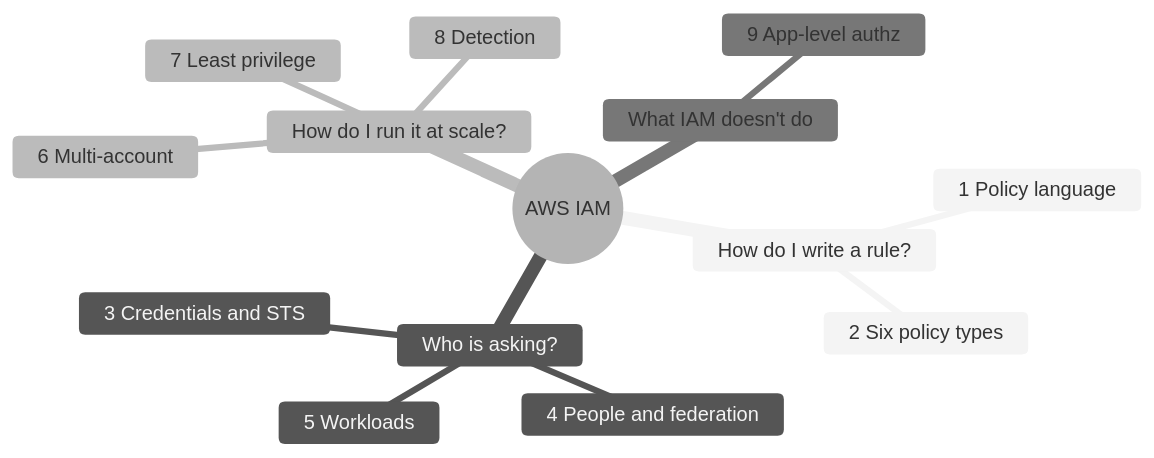
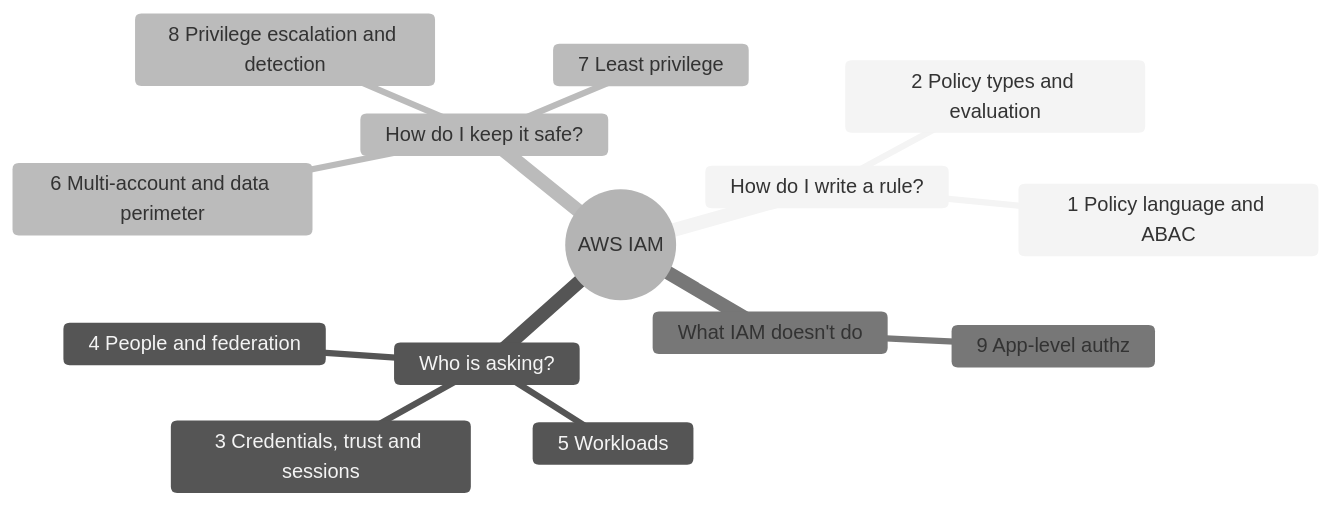
The diagram in iam-cheatsheet.md (Ujjawal17/aws-iam-labs), drawn with Mermaid (neutral theme) before and after one commit. The commit also changed other lines of this file, not shown here.

````diff
--- a/iam-cheatsheet.md
+++ b/iam-cheatsheet.md
@@ -18,17 +19,17 @@
 ```mermaid
 mindmap
   root((AWS IAM))
     How do I write a rule?
-      1 Policy language
-      2 Six policy types
+      1 Policy language and ABAC
+      2 Policy types and evaluation
     Who is asking?
-      3 Credentials and STS
+      3 Credentials, trust and sessions
       4 People and federation
       5 Workloads
-    How do I run it at scale?
-      6 Multi-account
+    How do I keep it safe?
+      6 Multi-account and data perimeter
       7 Least privilege
-      8 Detection
+      8 Privilege escalation and detection
     What IAM doesn't do
       9 App-level authz
 ```
````
